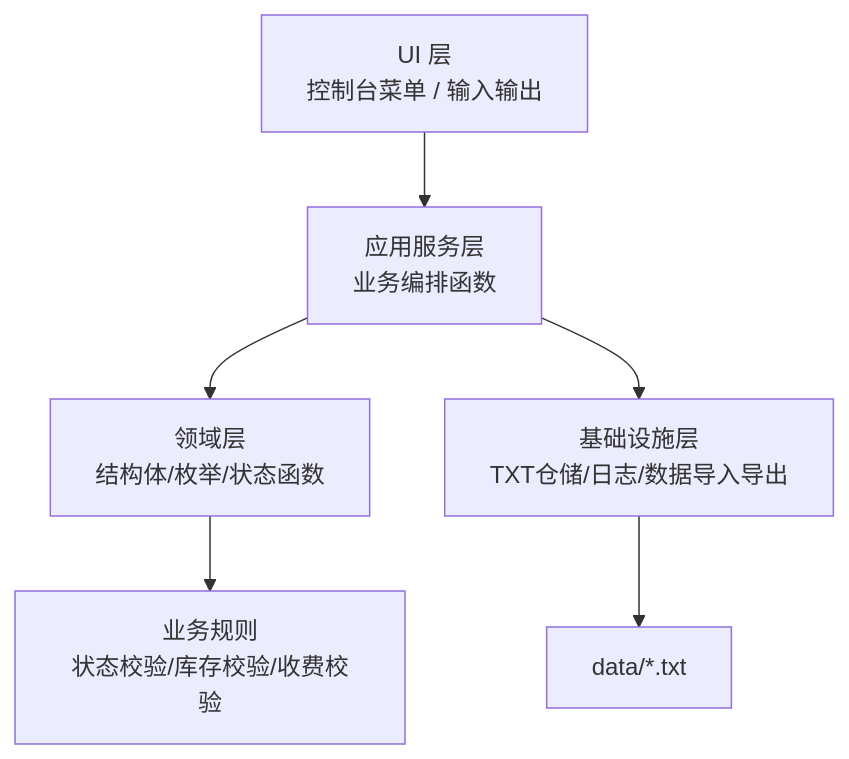
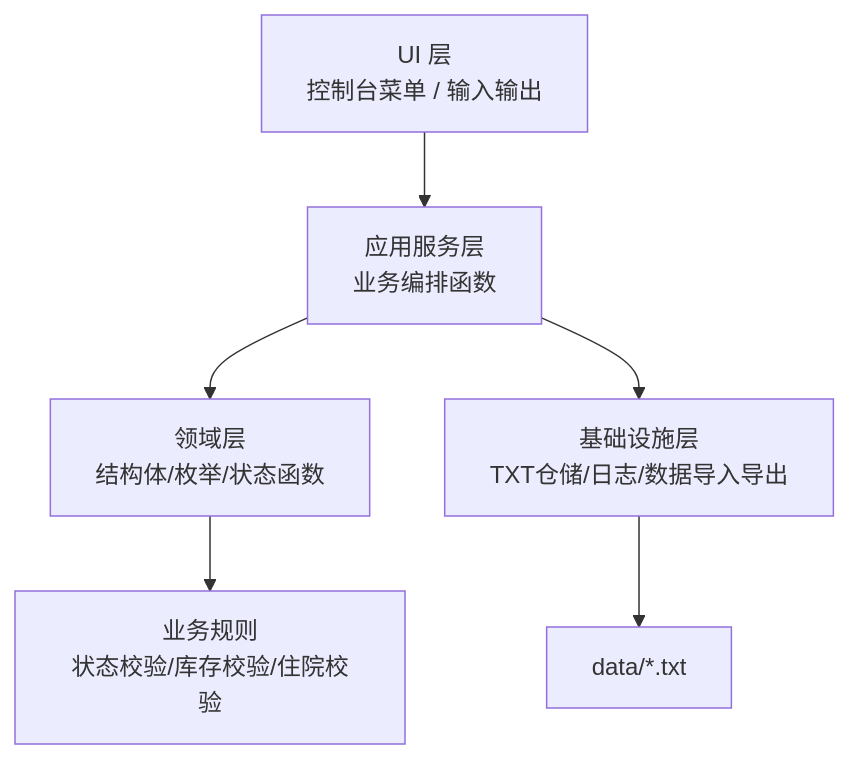
The first of 3 diagrams in docs/superpowers/specs/2026-03-20-lightweight-his-design.md (ymylive/his), drawn with Mermaid before and after one commit. The commit also changed other lines of this file, not shown here.

````diff
--- a/docs/superpowers/specs/2026-03-20-lightweight-his-design.md
+++ b/docs/superpowers/specs/2026-03-20-lightweight-his-design.md
@@ -157,8 +153,8 @@
 ```mermaid
 flowchart TD
     UI["UI 层\n控制台菜单 / 输入输出"] --> APP["应用服务层\n业务编排函数"]
     APP --> DOMAIN["领域层\n结构体/枚举/状态函数"]
     APP --> INFRA["基础设施层\nTXT仓储/日志/数据导入导出"]
-    DOMAIN --> RULES["业务规则\n状态校验/库存校验/收费校验"]
+    DOMAIN --> RULES["业务规则\n状态校验/库存校验/住院校验"]
     INFRA --> DATA["data/*.txt"]
 ```
````
